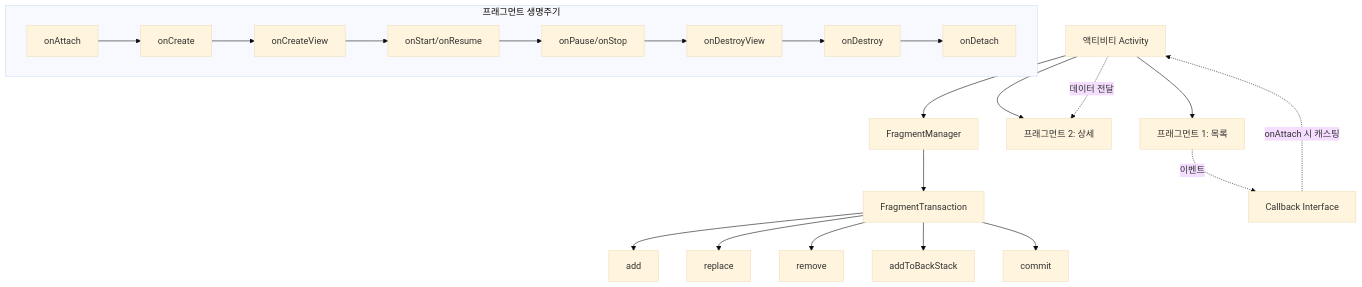
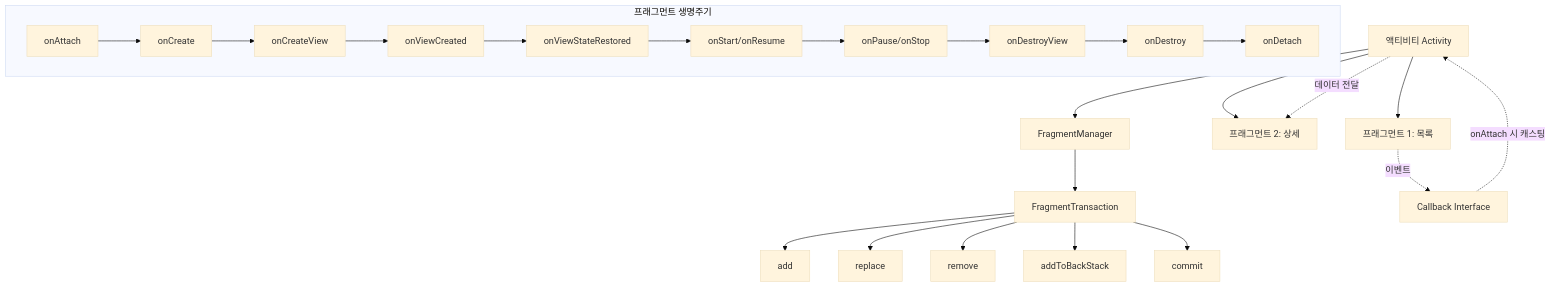
Before and after one commit to yang-heeseok/University_KNOU: the diagram in subjects/4-1/모바일앱프로그래밍/12강.md, drawn with Mermaid (base theme). The commit also changed other lines of this file and 14 other files, not shown here.

````diff
--- a/subjects/4-1/모바일앱프로그래밍/12강.md
+++ b/subjects/4-1/모바일앱프로그래밍/12강.md
@@ -97,24 +99,25 @@
 ```mermaid
 graph TD
     A[액티비티 Activity] --> B[프래그먼트 1: 목록]
     A --> C[프래그먼트 2: 상세]
     A --> M[FragmentManager]
 
     M --> T[FragmentTransaction]
     T --> T1[add]
     T --> T2[replace]
     T --> T3[remove]
     T --> T4[addToBackStack]
     T --> T5[commit]
 
     B -. 이벤트 .-> I[Callback Interface]
     I -. onAttach 시 캐스팅 .-> A
     A -. 데이터 전달 .-> C
 
     subgraph "프래그먼트 생명주기"
       L1[onAttach] --> L2[onCreate] --> L3[onCreateView]
-      L3 --> L4[onStart/onResume]
+      L3 --> L3a[onViewCreated] --> L3b[onViewStateRestored]
+      L3b --> L4[onStart/onResume]
       L4 --> L5[onPause/onStop]
       L5 --> L6[onDestroyView] --> L7[onDestroy] --> L8[onDetach]
     end
 ```
````
